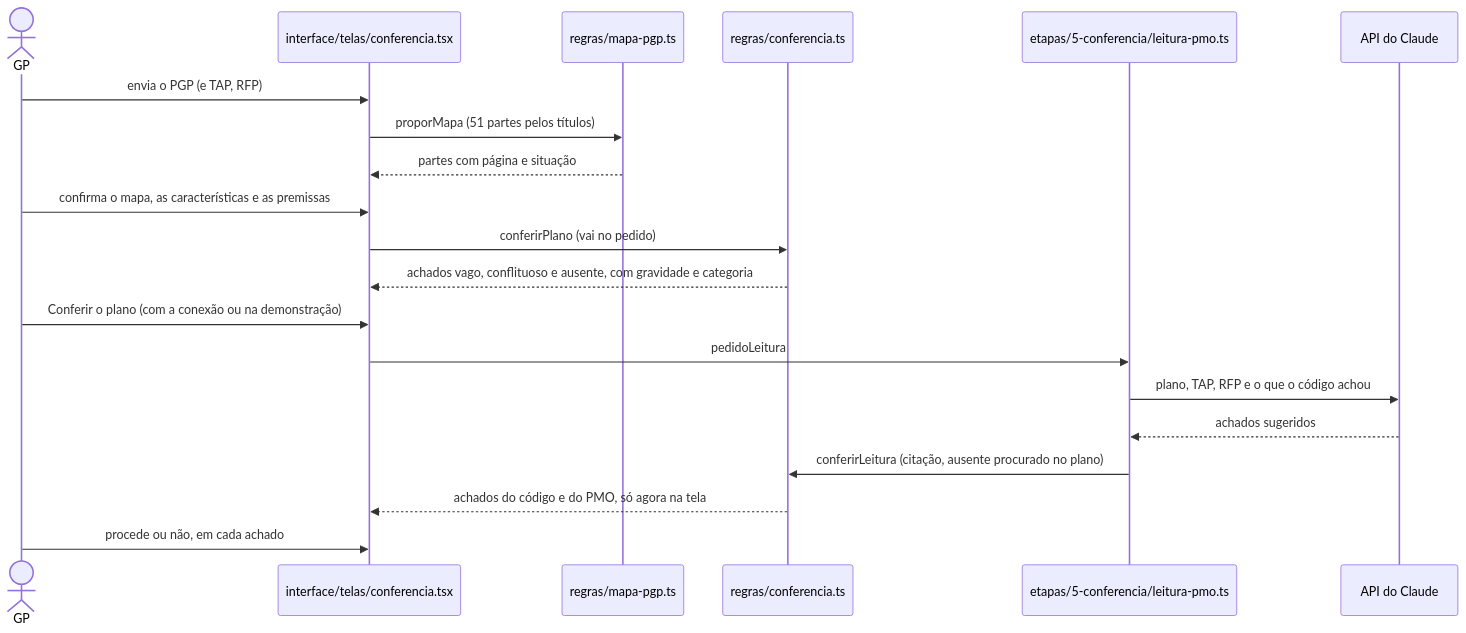
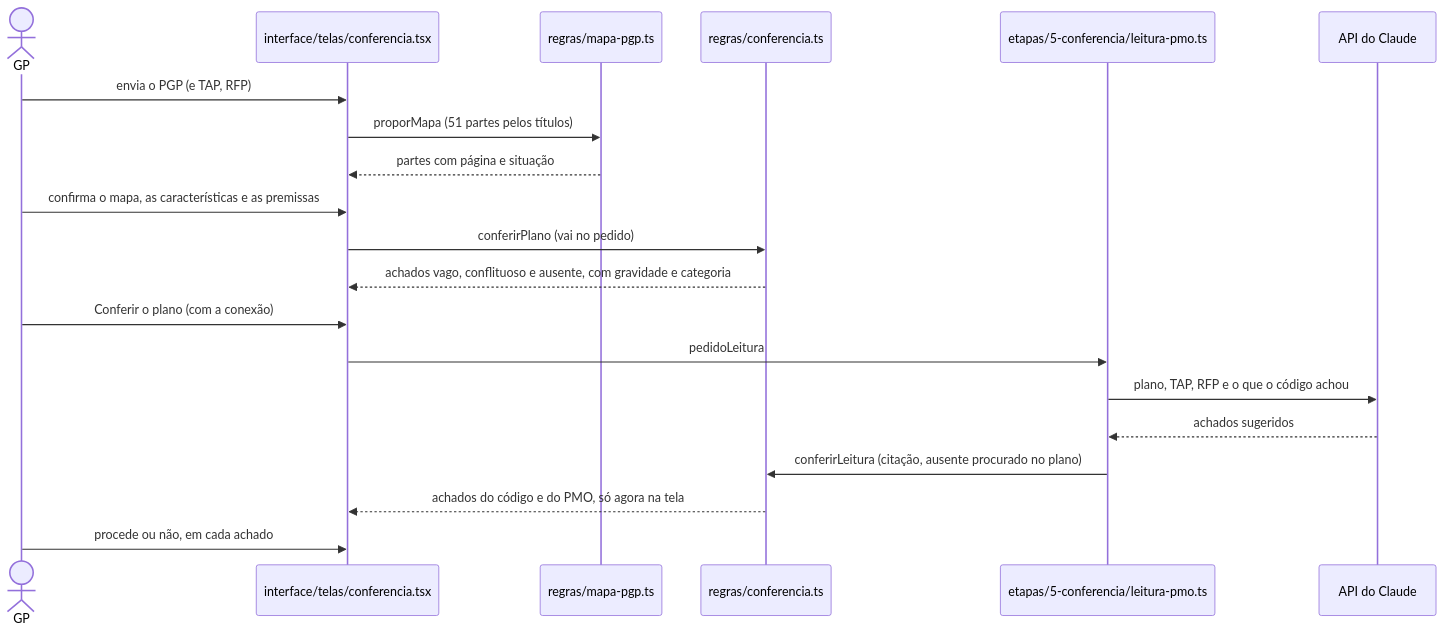
Before and after one commit to izacxll/raio-x-do-projeto: the fourth of 5 diagrams in docs/tecnico/06-fluxos.md, drawn with Mermaid. The commit also changed other lines of this file and 52 other files, not shown here.

````diff
--- a/docs/tecnico/06-fluxos.md
+++ b/docs/tecnico/06-fluxos.md
@@ -96,22 +96,22 @@
 ```mermaid
 sequenceDiagram
   actor GP
   participant Tela as interface/telas/conferencia.tsx
   participant Mapa as regras/mapa-pgp.ts
   participant Conf as regras/conferencia.ts
   participant Leit as etapas/5-conferencia/leitura-pmo.ts
   participant API as API do Claude
   GP->>Tela: envia o PGP (e TAP, RFP)
   Tela->>Mapa: proporMapa (51 partes pelos títulos)
   Mapa-->>Tela: partes com página e situação
   GP->>Tela: confirma o mapa, as características e as premissas
   Tela->>Conf: conferirPlano (vai no pedido)
   Conf-->>Tela: achados vago, conflituoso e ausente, com gravidade e categoria
-  GP->>Tela: Conferir o plano (com a conexão ou na demonstração)
+  GP->>Tela: Conferir o plano (com a conexão)
   Tela->>Leit: pedidoLeitura
   Leit->>API: plano, TAP, RFP e o que o código achou
   API-->>Leit: achados sugeridos
   Leit->>Conf: conferirLeitura (citação, ausente procurado no plano)
   Conf-->>Tela: achados do código e do PMO, só agora na tela
   GP->>Tela: procede ou não, em cada achado
 ```
````
